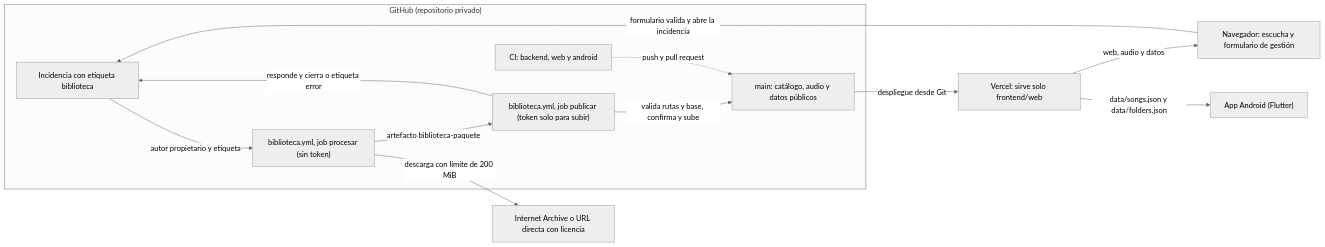
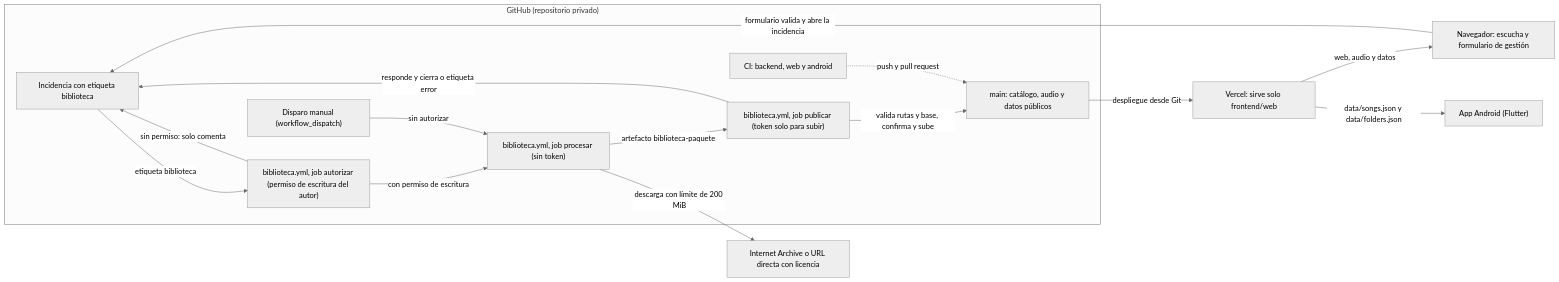
One commit to seryi47/reminiscencia changed the diagram in docs/arquitectura/ARCHITECTURE.md. Above: the diagram before and after it, drawn with Mermaid (neutral theme). The commit also changed other lines of this file and 12 other files, not shown here.

First line of the commit message:
Documentación: tres jobs de biblioteca.yml y prueba real de importación

````diff
--- a/docs/arquitectura/ARCHITECTURE.md
+++ b/docs/arquitectura/ARCHITECTURE.md
@@ -17,25 +17,30 @@
 ```mermaid
 flowchart LR
   subgraph GH["GitHub (repositorio privado)"]
     ISSUE["Incidencia con etiqueta biblioteca"]
+    AUTORIZAR["biblioteca.yml, job autorizar (permiso de escritura del autor)"]
+    MANUAL["Disparo manual (workflow_dispatch)"]
     PROCESAR["biblioteca.yml, job procesar (sin token)"]
     PUBLICAR["biblioteca.yml, job publicar (token solo para subir)"]
     MAIN["main: catálogo, audio y datos públicos"]
     CI["CI: backend, web y android"]
   end
   FUENTES["Internet Archive o URL directa con licencia"]
   VERCEL["Vercel: sirve solo frontend/web"]
   NAVEG["Navegador: escucha y formulario de gestión"]
   APP["App Android (Flutter)"]
 
   NAVEG -->|"formulario valida y abre la incidencia"| ISSUE
-  ISSUE -->|"autor propietario y etiqueta"| PROCESAR
+  ISSUE -->|"etiqueta biblioteca"| AUTORIZAR
+  AUTORIZAR -->|"sin permiso: solo comenta"| ISSUE
+  AUTORIZAR -->|"con permiso de escritura"| PROCESAR
+  MANUAL -->|"sin autorizar"| PROCESAR
   PROCESAR -->|"descarga con límite de 200 MiB"| FUENTES
   PROCESAR -->|"artefacto biblioteca-paquete"| PUBLICAR
   PUBLICAR -->|"valida rutas y base, confirma y sube"| MAIN
   PUBLICAR -->|"responde y cierra o etiqueta error"| ISSUE
   CI -.->|"push y pull request"| MAIN
   MAIN -->|"despliegue desde Git"| VERCEL
   VERCEL -->|"web, audio y datos"| NAVEG
   VERCEL -->|"data/songs.json y data/folders.json"| APP
 ```
````
